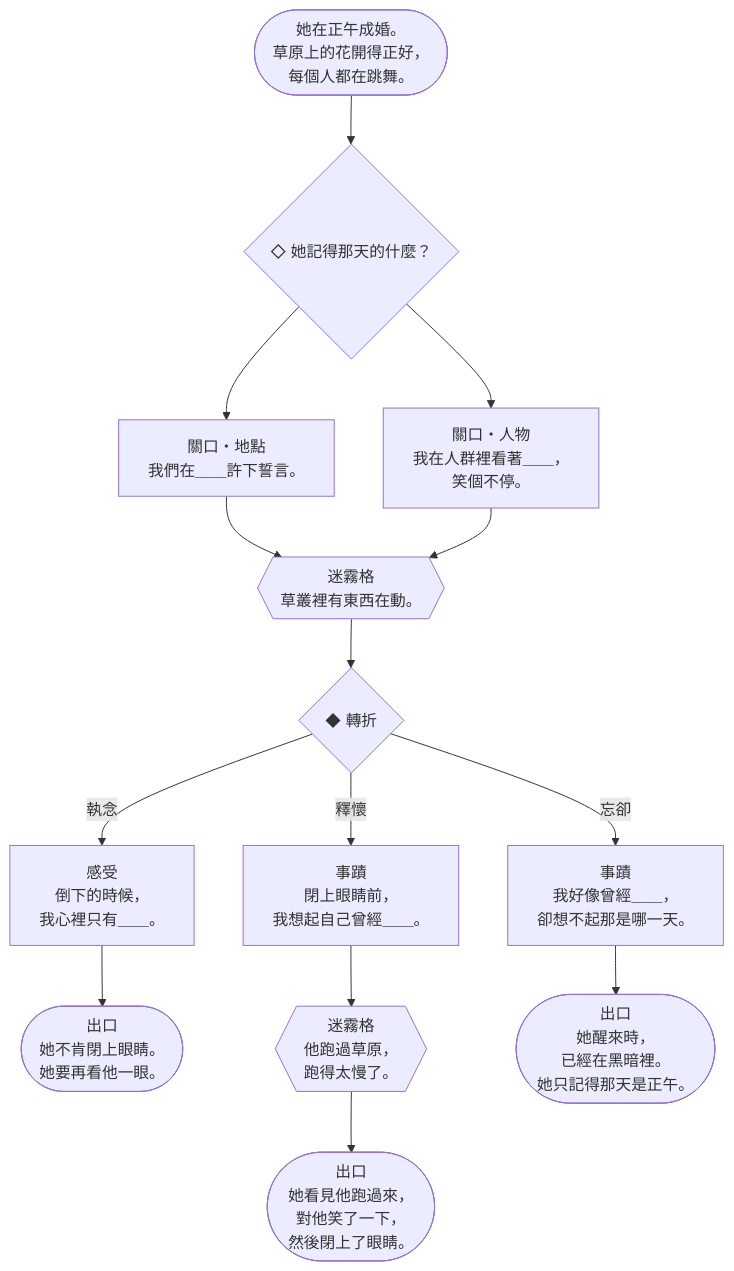
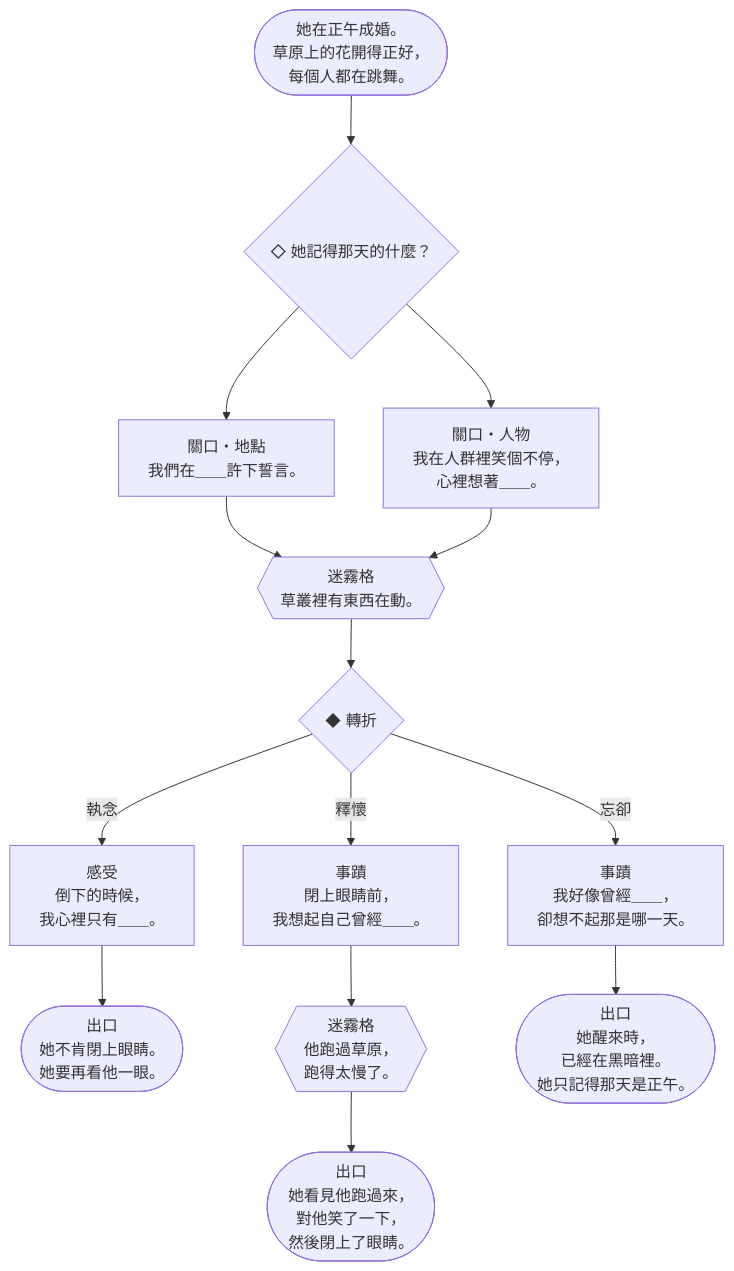
One commit to Ralph-Liu-Hub/Boardgame-Netherbloom changed the tenth of 15 diagrams in docs/design/V5-storybooks.zh-TW.md. Above: the diagram before and after it, drawn with Mermaid. The commit also changed other lines of this file and 4 other files, not shown here.

````diff
--- a/docs/design/V5-storybooks.zh-TW.md
+++ b/docs/design/V5-storybooks.zh-TW.md
@@ -889,28 +889,28 @@
 ```mermaid
 flowchart TD
   c0E(["她在正午成婚。<br>草原上的花開得正好，<br>每個人都在跳舞。"]) --> c0p1
   c0p1{"◇ 她記得那天的什麼？"}
   c0p1 --> c0a1
   c0p1 --> c0a2
   c0a1["關口・地點<br>我們在＿＿許下誓言。"]
   c0a1 --> c0x1
-  c0a2["關口・人物<br>我在人群裡看著＿＿，<br>笑個不停。"]
+  c0a2["關口・人物<br>我在人群裡笑個不停，<br>心裡想著＿＿。"]
   c0a2 --> c0x1
   c0x1{{"迷霧格<br>草叢裡有東西在動。"}}
   c0x1 --> c0f
   c0f{"◆ 轉折"}
   c0f -- 執念 --> c0c1
   c0f -- 釋懷 --> c0c2
   c0f -- 忘卻 --> c0c3
   c0c1["感受<br>倒下的時候，<br>我心裡只有＿＿。"]
   c0c1 --> c0o1
   c0c2["事蹟<br>閉上眼睛前，<br>我想起自己曾經＿＿。"]
   c0c2 --> c0x2
   c0x2{{"迷霧格<br>他跑過草原，<br>跑得太慢了。"}}
   c0x2 --> c0o2
   c0c3["事蹟<br>我好像曾經＿＿，<br>卻想不起那是哪一天。"]
   c0c3 --> c0o3
   c0o1(["出口<br>她不肯閉上眼睛。<br>她要再看他一眼。"])
   c0o2(["出口<br>她看見他跑過來，<br>對他笑了一下，<br>然後閉上了眼睛。"])
   c0o3(["出口<br>她醒來時，<br>已經在黑暗裡。<br>她只記得那天是正午。"])
 ```
````
